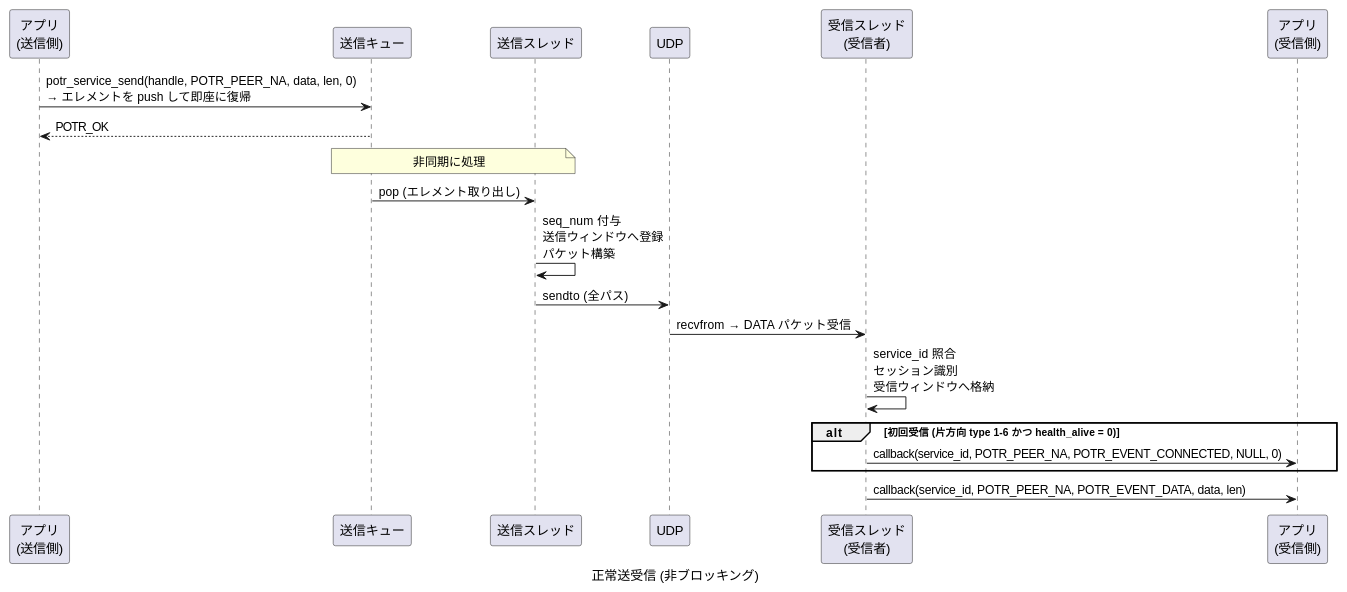
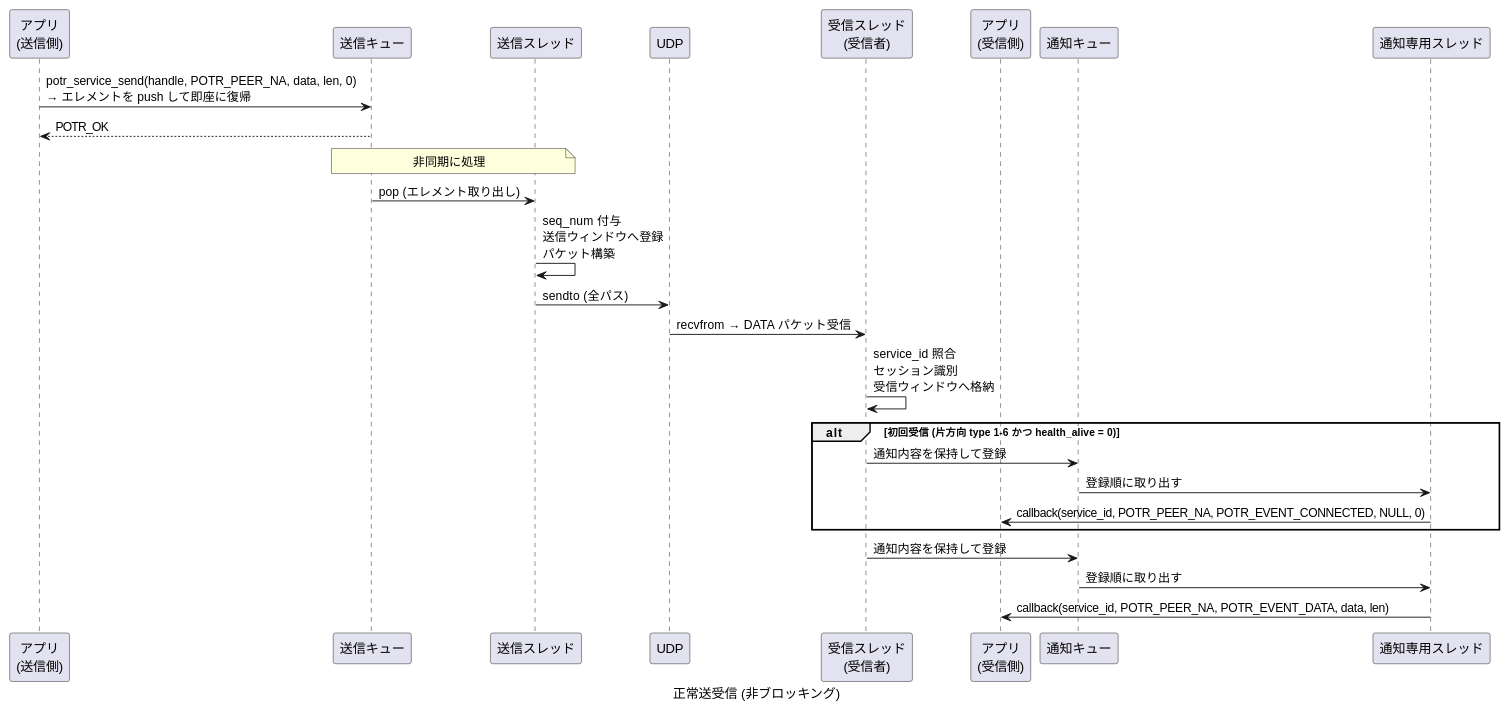
Before and after one commit to Hondarer/app_porter: the first of 10 diagrams in docs/sequence-data.md, drawn with PlantUML. The commit also changed other lines of this file and 52 other files, not shown here.

````diff
--- a/docs/sequence-data.md
+++ b/docs/sequence-data.md
@@ -9,31 +9,39 @@
 ```plantuml
 @startuml 正常送受信 (非ブロッキング)
 caption 正常送受信 (非ブロッキング)
 
 participant "アプリ\n(送信側)" as SAPP
 participant "送信キュー" as Q
 participant "送信スレッド" as ST
 participant "UDP" as UDP
 participant "受信スレッド\n(受信者)" as RRT
 participant "アプリ\n(受信側)" as RAPP
+participant "通知キュー" as NQ
+participant "通知専用スレッド" as NT
 
 SAPP -> Q: potr_service_send(handle, POTR_PEER_NA, data, len, 0)\n→ エレメントを push して即座に復帰
 SAPP <-- Q: POTR_OK
 
 note over Q, ST: 非同期に処理
 
 Q -> ST: pop (エレメント取り出し)
 ST -> ST: seq_num 付与\n送信ウィンドウへ登録\nパケット構築
 ST -> UDP: sendto (全パス)
 
 UDP -> RRT: recvfrom → DATA パケット受信
 RRT -> RRT: service_id 照合\nセッション識別\n受信ウィンドウへ格納
 
 alt 初回受信 (片方向 type 1-6 かつ health_alive = 0)
-  RRT -> RAPP: callback(service_id, POTR_PEER_NA, POTR_EVENT_CONNECTED, NULL, 0)
+  RRT -> NQ: 通知内容を保持して登録
+  NQ -> NT: 登録順に取り出す
+  NT -> RAPP: callback(service_id, POTR_PEER_NA, POTR_EVENT_CONNECTED, NULL, 0)
 end
 
-RRT -> RAPP: callback(service_id, POTR_PEER_NA, POTR_EVENT_DATA, data, len)
+RRT -> NQ: 通知内容を保持して登録
+
+NQ -> NT: 登録順に取り出す
+
+NT -> RAPP: callback(service_id, POTR_PEER_NA, POTR_EVENT_DATA, data, len)
 
 @enduml
 ```
````
